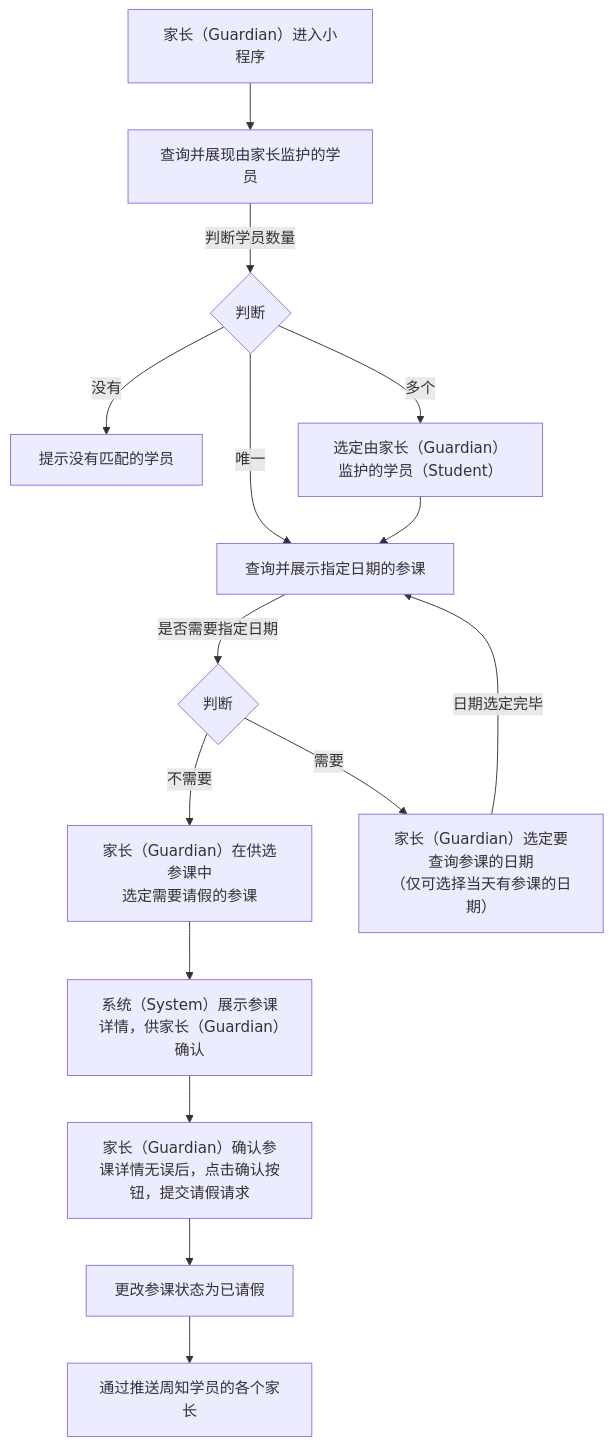
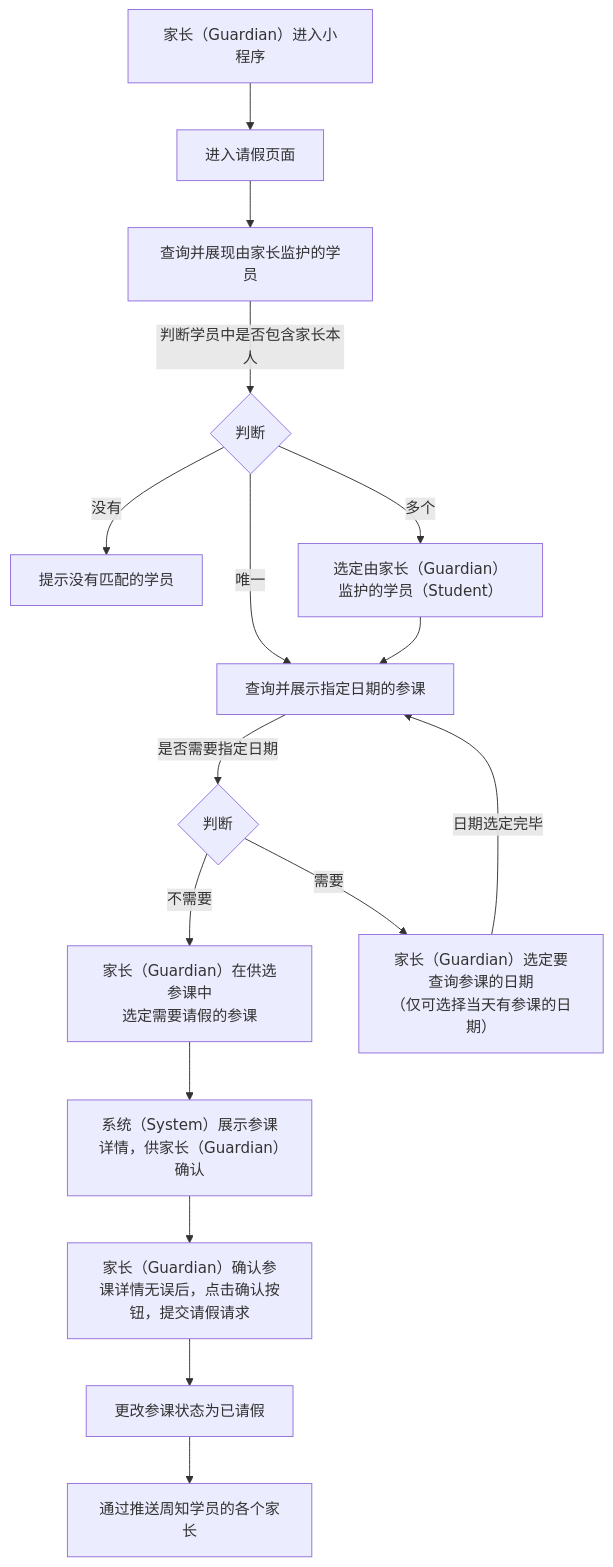
The second of 2 diagrams in 用例/请假.md (world-wide-web/sign), drawn with Mermaid before and after one commit. The commit also changed other lines of this file, not shown here.

````diff
--- a/用例/请假.md
+++ b/用例/请假.md
@@ -60,48 +60,50 @@
 ```mermaid
 graph TD
 
-进入小程序-->查询并展现由家长监护的学员
+进入小程序-->进入请假页面
 
-查询并展现由家长监护的学员--判断学员数量-->判断学员数量
+进入请假页面-->查询并展现由家长监护的学员
+
+查询并展现由家长监护的学员--判断学员中是否包含家长本人-->判断学员数量
 
 判断学员数量--没有-->提示没有匹配的学员
 
 判断学员数量--唯一-->查询并展示指定日期的参课
 
 判断学员数量--多个-->选定学员
 
 选定学员-->查询并展示指定日期的参课
 
 查询并展示指定日期的参课--是否需要指定日期-->决定是否需要指定日期
 
 决定是否需要指定日期--不需要-->选定参课
 
 决定是否需要指定日期--需要-->选定日期
 
 选定日期--日期选定完毕-->查询并展示指定日期的参课
 
 选定参课-->展示参课详情
 
 展示参课详情-->提交请假请求
 
 提交请假请求-->更改参课状态为已请假
 
 更改参课状态为已请假-->通过推送周知学员的各个家长
 
 进入小程序["<center>家长（Guardian）进入小程序</center>"]
 
 判断学员数量{"<center>判断</center>"}
 
 选定学员["<center>选定由家长（Guardian）监护的学员（Student）</center>"]
 
 决定是否需要指定日期{"<center>判断</center>"}
 
 选定日期["<center>家长（Guardian）选定要查询参课的日期<br>（仅可选择当天有参课的日期）</center>"]
 
 选定参课["<center>家长（Guardian）在供选参课中<br>选定需要请假的参课</center>"]
 
 展示参课详情["<center>系统（System）展示参课详情，供家长（Guardian）确认</center>"]
 
 提交请假请求["<center>家长（Guardian）确认参课详情无误后，点击确认按钮，提交请假请求</center>"]
 
 ```
````
